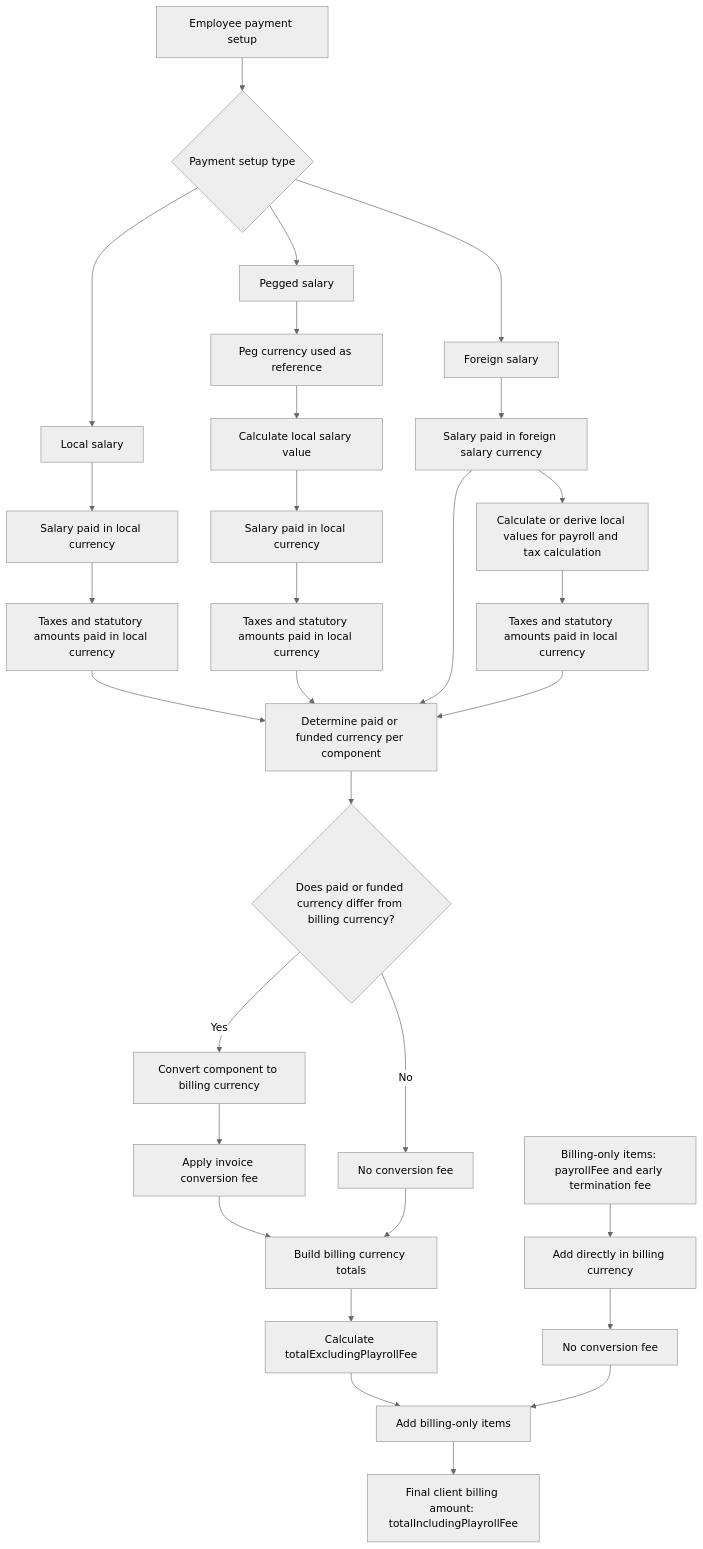
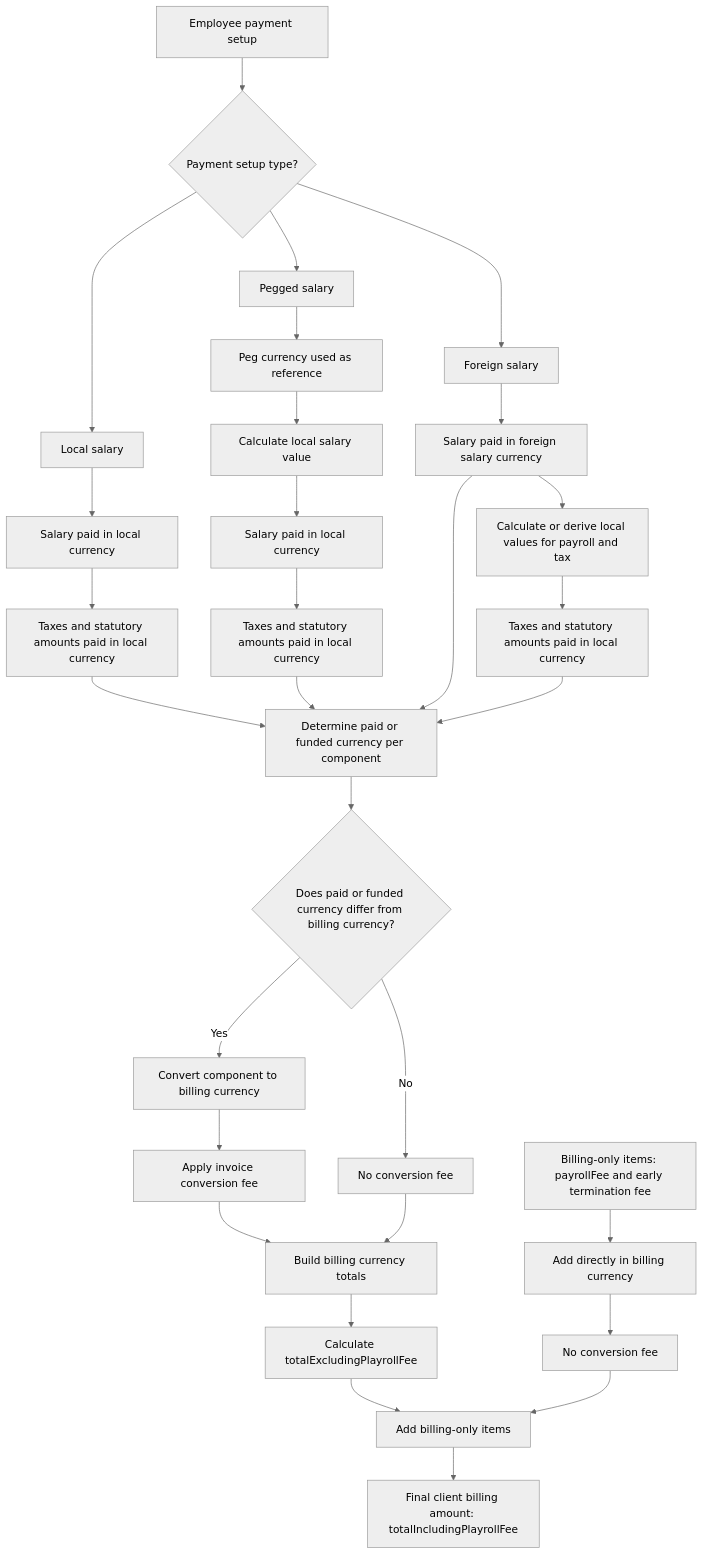
Before and after one commit to Monster4116/product-dashboard-plyr: the diagram in payroll calculator/payroll-wiki/currency-conversion-fees.md, drawn with Mermaid (neutral theme). The commit also changed other lines of this file and 34 other files, not shown here.

````diff
--- a/payroll calculator/payroll-wiki/currency-conversion-fees.md
+++ b/payroll calculator/payroll-wiki/currency-conversion-fees.md
@@ -55,45 +46,45 @@
 ```mermaid
 flowchart TD
-    A[Employee payment setup] --> B{Payment setup type}
+    A[Employee payment setup] --> B{Payment setup type?}
 
     B --> C[Local salary]
     B --> D[Pegged salary]
     B --> E[Foreign salary]
 
     C --> C1[Salary paid in local currency]
     C1 --> C2[Taxes and statutory amounts paid in local currency]
 
     D --> D1[Peg currency used as reference]
     D1 --> D2[Calculate local salary value]
     D2 --> D3[Salary paid in local currency]
     D3 --> D4[Taxes and statutory amounts paid in local currency]
 
     E --> E1[Salary paid in foreign salary currency]
-    E1 --> E2[Calculate or derive local values for payroll and tax calculation]
+    E1 --> E2[Calculate or derive local values for payroll and tax]
     E2 --> E3[Taxes and statutory amounts paid in local currency]
 
     C2 --> F[Determine paid or funded currency per component]
     D4 --> F
     E1 --> F
     E3 --> F
 
     F --> G{Does paid or funded currency differ from billing currency?}
 
     G -->|Yes| H[Convert component to billing currency]
     H --> I[Apply invoice conversion fee]
 
     G -->|No| J[No conversion fee]
 
     I --> K[Build billing currency totals]
     J --> K
 
     K --> L[Calculate totalExcludingPlayrollFee]
 
     M[Billing-only items: payrollFee and early termination fee] --> N[Add directly in billing currency]
     N --> O[No conversion fee]
 
     L --> P[Add billing-only items]
     O --> P
 
     P --> Q[Final client billing amount: totalIncludingPlayrollFee]
 ```
````
